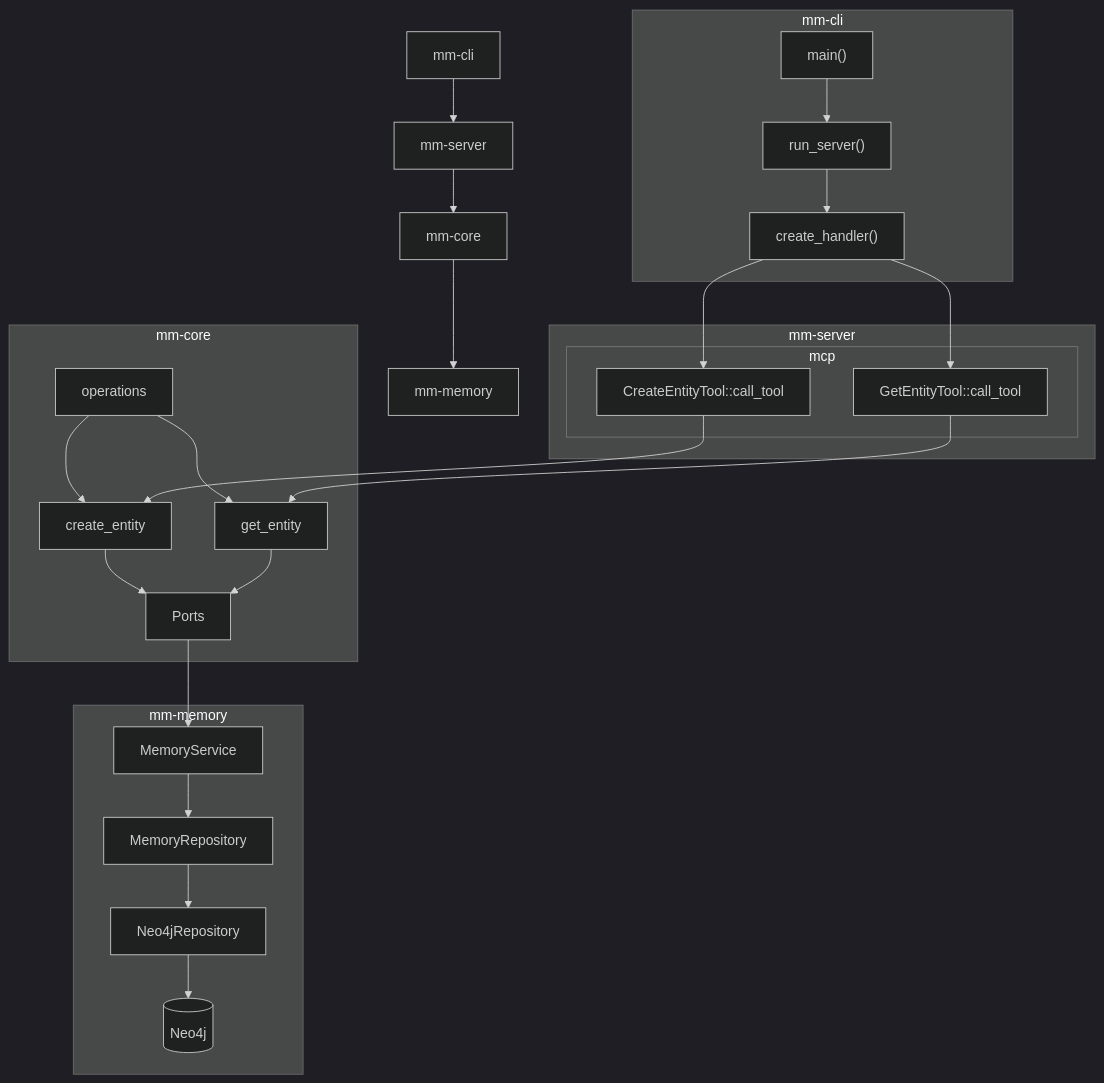
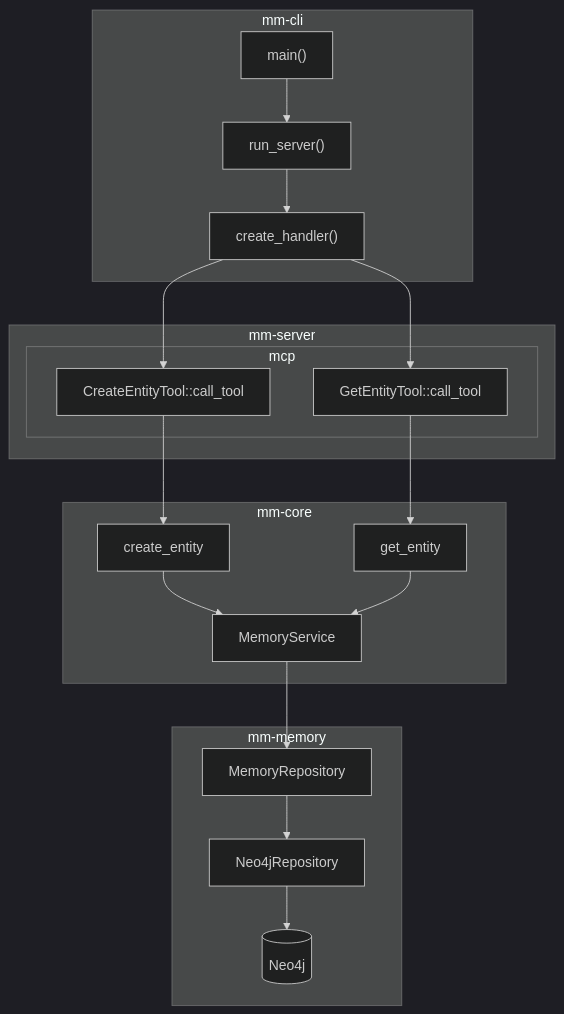
One commit to andoriyu/middle-manager changed the diagram in README.md. Above: the diagram before and after it, drawn with Mermaid (dark theme).

Commit message:
docs: Add crate diagram

````diff
--- a/README.md
+++ b/README.md
@@ -18,54 +18,44 @@
 ```mermaid
 graph TD
-    %% Crate relationships
-    mm_cli["mm-cli"] --> mm_server["mm-server"]
-    mm_server --> mm_core["mm-core"]
-    mm_core --> mm_memory["mm-memory"]
-
     %% mm-cli details
     subgraph "mm-cli"
         main_fn["main()"]
         run_server_fn["run_server()"]
         main_fn --> run_server_fn
         run_server_fn --> create_handler
     end
 
     %% mm-server details
     subgraph "mm-server"
         create_handler["create_handler()"]
         subgraph "mcp"
             create_tool["CreateEntityTool::call_tool"]
             get_tool["GetEntityTool::call_tool"]
         end
         create_handler --> create_tool
         create_handler --> get_tool
     end
 
     %% mm-core details
     subgraph "mm-core"
-        operations_mod["operations"]
         create_op["create_entity"]
         get_op["get_entity"]
-        ports_struct["Ports"]
-        operations_mod --> create_op
-        operations_mod --> get_op
-        create_op --> ports_struct
-        get_op --> ports_struct
+        create_op --> memory_service["MemoryService"]
+        get_op --> memory_service["MemoryService"]
     end
 
     %% mm-memory details
     subgraph "mm-memory"
         memory_service["MemoryService"]
         repository_trait["MemoryRepository"]
         neo4j_repo["Neo4jRepository"]
         neo4j_db[(Neo4j)]
         memory_service --> repository_trait
         repository_trait --> neo4j_repo
         neo4j_repo --> neo4j_db
     end
 
     %% Flow connections
     create_tool --> create_op
     get_tool --> get_op
-    ports_struct --> memory_service
 ```
````
